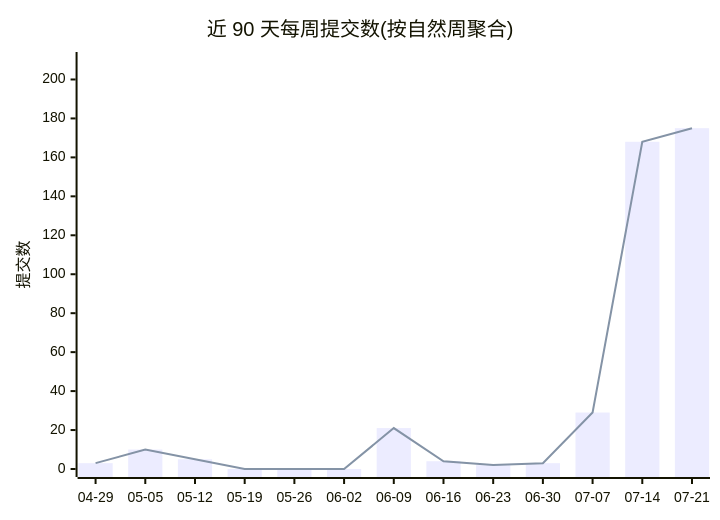
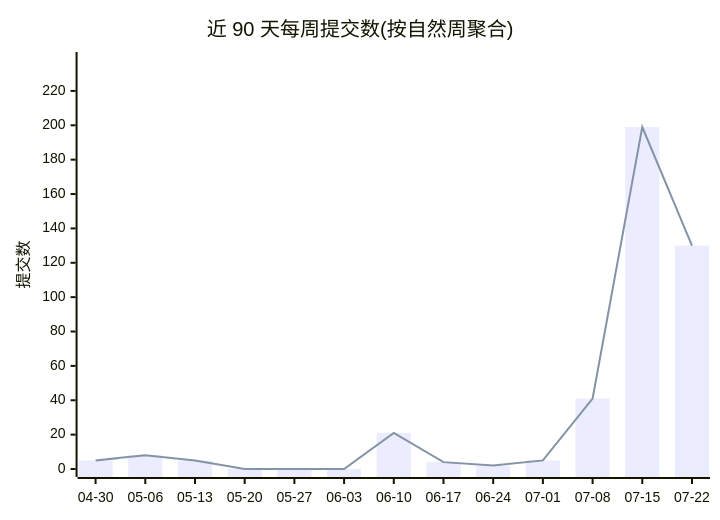
Before and after one commit to Conflux-Union/.github: the first of 2 diagrams in profile/README.md, drawn with Mermaid. The commit also changed other lines of this file and 1 other file, not shown here.

Commit message:
chore(stats): refresh org commit stats

````diff
--- a/profile/README.md
+++ b/profile/README.md
@@ -44,8 +44,8 @@
 ```mermaid
 xychart-beta
     title "近 90 天每周提交数(按自然周聚合)"
-    x-axis ["04-29", "05-05", "05-12", "05-19", "05-26", "06-02", "06-09", "06-16", "06-23", "06-30", "07-07", "07-14", "07-21"]
-    y-axis "提交数" 0 --> 210
-    bar [3, 10, 5, 0, 0, 0, 21, 4, 2, 3, 29, 168, 175]
-    line [3, 10, 5, 0, 0, 0, 21, 4, 2, 3, 29, 168, 175]
+    x-axis ["04-30", "05-06", "05-13", "05-20", "05-27", "06-03", "06-10", "06-17", "06-24", "07-01", "07-08", "07-15", "07-22"]
+    y-axis "提交数" 0 --> 238
+    bar [5, 8, 5, 0, 0, 0, 21, 4, 2, 5, 41, 199, 130]
+    line [5, 8, 5, 0, 0, 0, 21, 4, 2, 5, 41, 199, 130]
 ```
````
